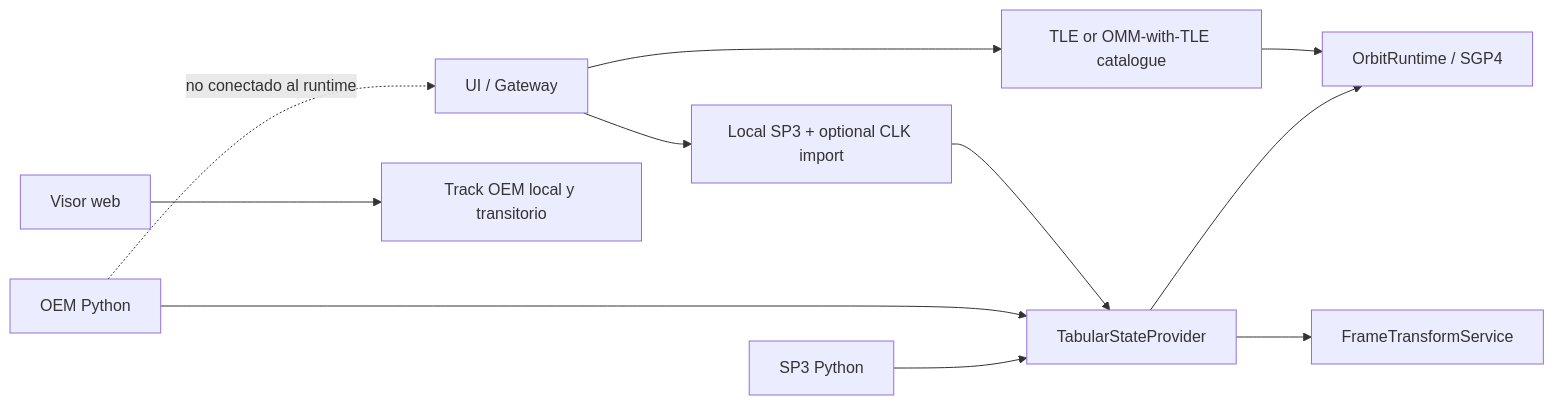
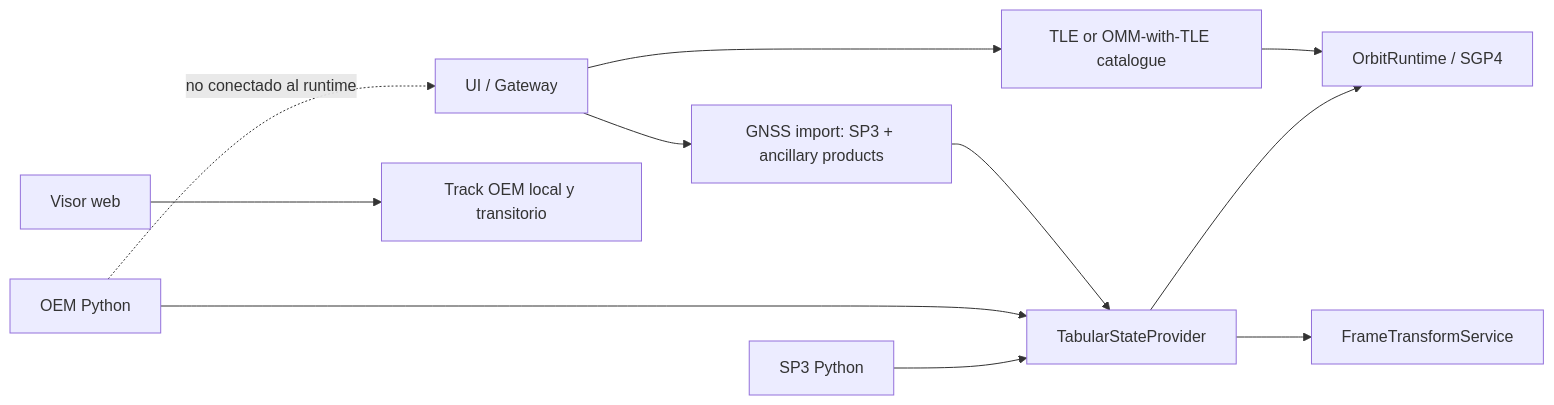
Before and after one commit to gabgarar/Orbit: the diagram in docs/wiki/en/formats/overview.md, drawn with Mermaid. The commit also changed other lines of this file and 65 other files, not shown here.

````diff
--- a/docs/wiki/en/formats/overview.md
+++ b/docs/wiki/en/formats/overview.md
@@ -17,13 +17,13 @@
 ```mermaid
 flowchart LR
     U[UI / Gateway] --> C[TLE or OMM-with-TLE catalogue]
     C --> R[OrbitRuntime / SGP4]
-    U --> P[Local SP3 + optional CLK import]
+    U --> P[GNSS import: SP3 + ancillary products]
     P --> T[Tabulated provider per satellite]
     T --> R
     V[Visor web] --> L[Track OEM local y transitorio]
     O[OEM Python] --> T[TabularStateProvider]
     S[SP3 Python] --> T
     T --> F[FrameTransformService]
     O -. no conectado al runtime .-> U
 ```
````
